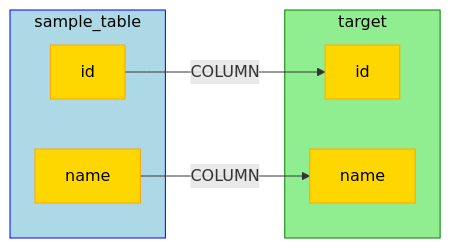
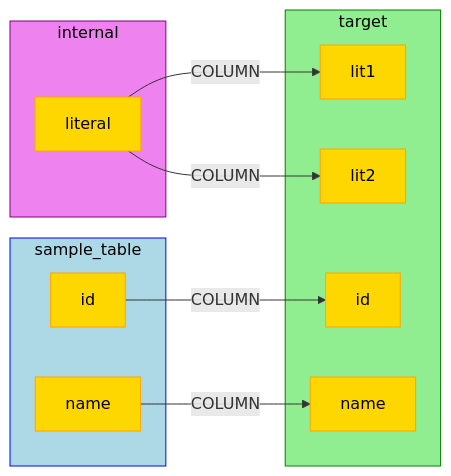
One commit to NielkNetraam/explainalyzed changed the diagram in data/lineage/select_2.mmd. Above: the diagram before and after it, drawn with Mermaid. The commit also changed 54 other files, not shown here.

```diff
--- a/data/lineage/select_2.mmd
+++ b/data/lineage/select_2.mmd
@@ -1,22 +1,31 @@
 flowchart LR
     classDef SOURCE stroke:Blue,fill:LightBlue,color:black
     classDef TARGET stroke:Green,fill:LightGreen,color:black
     classDef INTERMEDIATE stroke:DarkOrange,fill:Orange,color:black
     classDef INTERNAL stroke:Purple,fill:Violet,color:black
     classDef FIELD stroke:Orange,fill:Gold,color:black
 
     sample_table:::SOURCE
     target:::TARGET
+    internal:::INTERNAL
 
     subgraph sample_table
         sample_table.id[id]:::FIELD
         sample_table.name[name]:::FIELD
     end
 
     subgraph target
         target.id[id]:::FIELD
+        target.lit1[lit1]:::FIELD
+        target.lit2[lit2]:::FIELD
         target.name[name]:::FIELD
     end
 
+    subgraph internal
+        internal.literal[literal]:::FIELD
+    end
+
+    internal.literal -- COLUMN --> target.lit1
+    internal.literal -- COLUMN --> target.lit2
     sample_table.id -- COLUMN --> target.id
     sample_table.name -- COLUMN --> target.name
```
